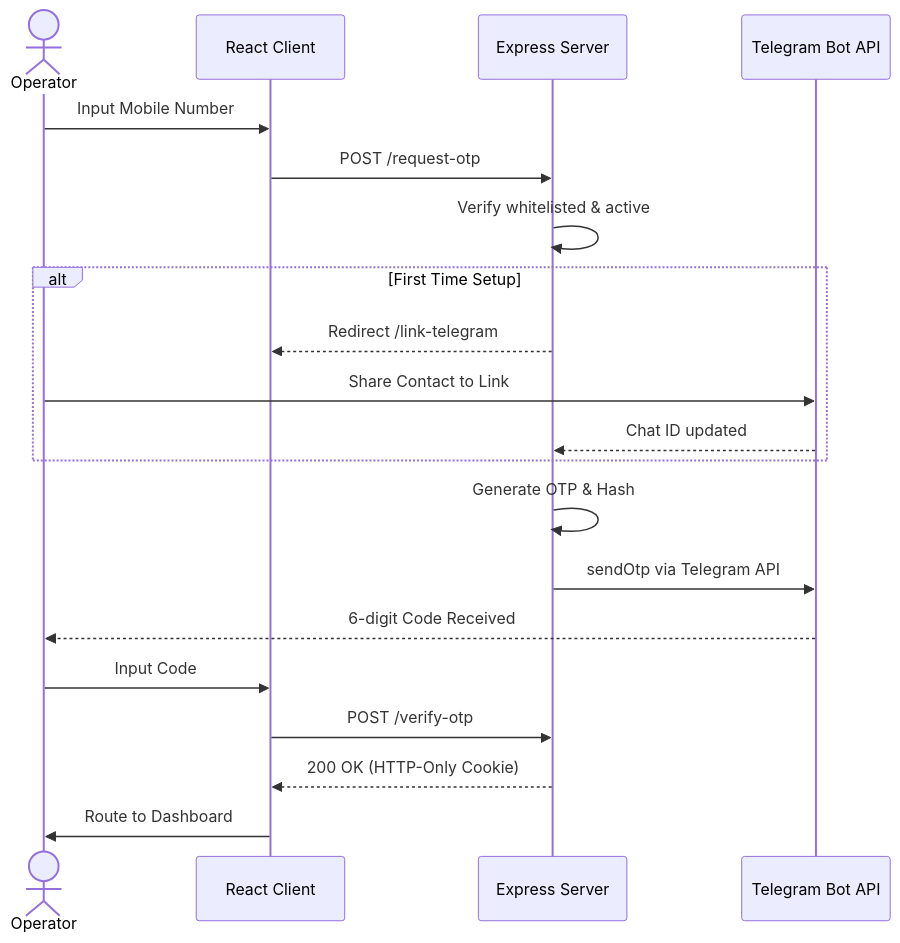
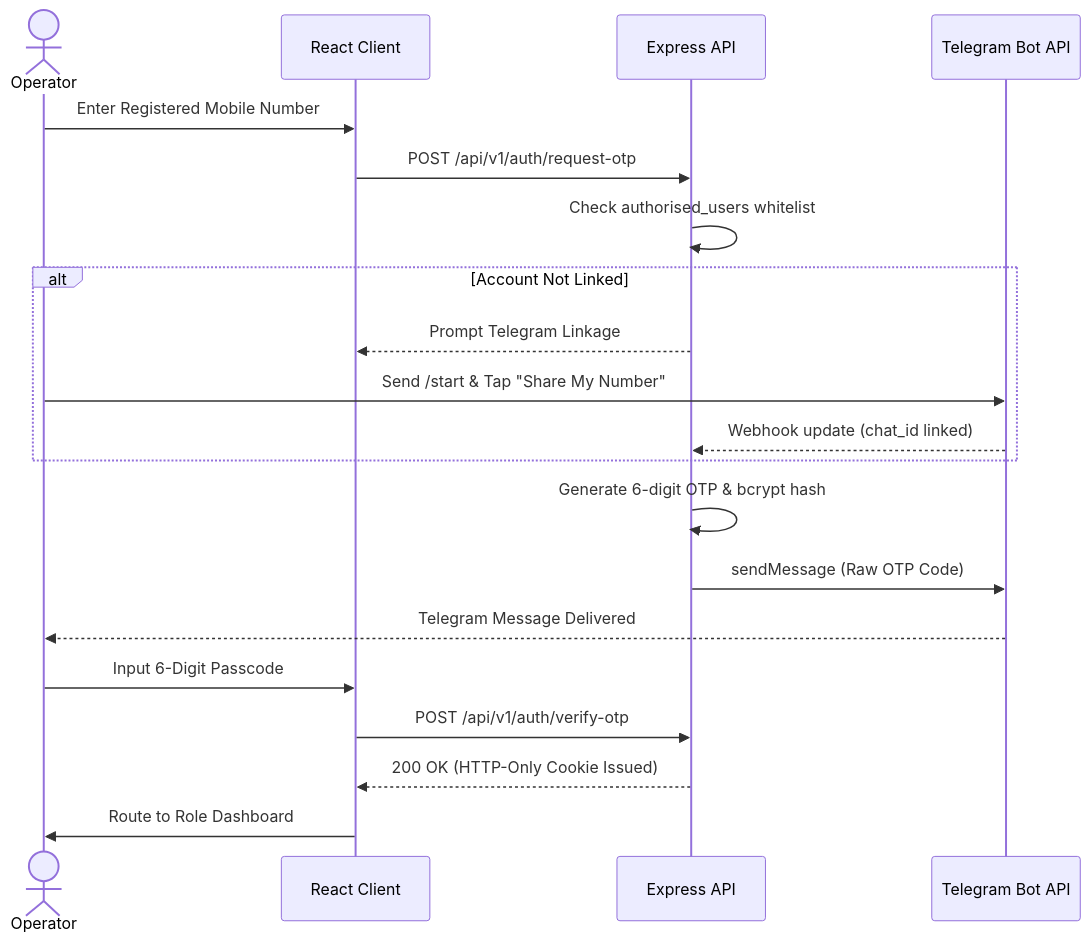
One commit to Zenoguy/SNPolymers changed the second of 2 diagrams in documentation/COMPREHENSIVE_PROJECT_REPORT.md. Above: the diagram before and after it, drawn with Mermaid. The commit also changed other lines of this file, not shown here.

````diff
--- a/documentation/COMPREHENSIVE_PROJECT_REPORT.md
+++ b/documentation/COMPREHENSIVE_PROJECT_REPORT.md
@@ -171,23 +247,23 @@
 ```mermaid
 sequenceDiagram
     actor Operator
     participant FE as React Client
-    participant BE as Express Server
+    participant BE as Express API
     participant TG as Telegram Bot API
     
-    Operator->>FE: Input Mobile Number
-    FE->>BE: POST /request-otp
-    BE->>BE: Verify whitelisted & active
-    alt First Time Setup
-        BE-->>FE: Redirect /link-telegram
-        Operator->>TG: Share Contact to Link
-        TG-->>BE: Chat ID updated
+    Operator->>FE: Enter Registered Mobile Number
+    FE->>BE: POST /api/v1/auth/request-otp
+    BE->>BE: Check authorised_users whitelist
+    alt Account Not Linked
+        BE-->>FE: Prompt Telegram Linkage
+        Operator->>TG: Send /start & Tap "Share My Number"
+        TG-->>BE: Webhook update (chat_id linked)
     end
-    BE->>BE: Generate OTP & Hash
-    BE->>TG: sendOtp via Telegram API
-    TG-->>Operator: 6-digit Code Received
-    Operator->>FE: Input Code
-    FE->>BE: POST /verify-otp
-    BE-->>FE: 200 OK (HTTP-Only Cookie)
-    FE->>Operator: Route to Dashboard
+    BE->>BE: Generate 6-digit OTP & bcrypt hash
+    BE->>TG: sendMessage (Raw OTP Code)
+    TG-->>Operator: Telegram Message Delivered
+    Operator->>FE: Input 6-Digit Passcode
+    FE->>BE: POST /api/v1/auth/verify-otp
+    BE-->>FE: 200 OK (HTTP-Only Cookie Issued)
+    FE->>Operator: Route to Role Dashboard
 ```
````
